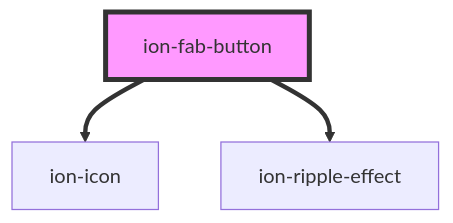
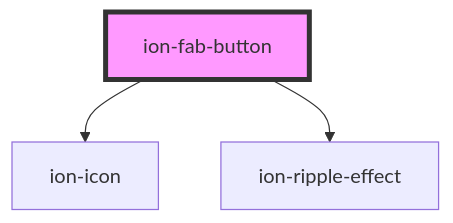
The diagram in core/src/components/fab-button/readme.md (ionic-team/ionic-framework), drawn with Mermaid before and after one commit. The commit also changed 39 other files, not shown here.

````diff
--- a/core/src/components/fab-button/readme.md
+++ b/core/src/components/fab-button/readme.md
@@ -152,6 +152,6 @@
 ```mermaid
 graph TD;
-  ion-fab-button ==> ion-icon
-  ion-fab-button ==> ion-ripple-effect
+  ion-fab-button --> ion-icon
+  ion-fab-button --> ion-ripple-effect
   style ion-fab-button fill:#f9f,stroke:#333,stroke-width:4px
 ```
````
